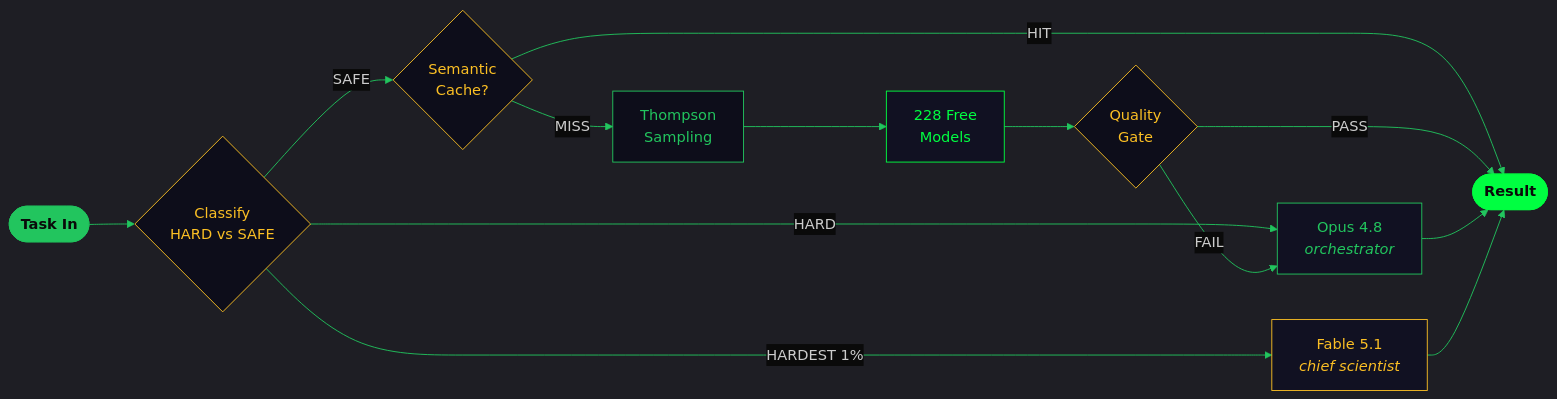
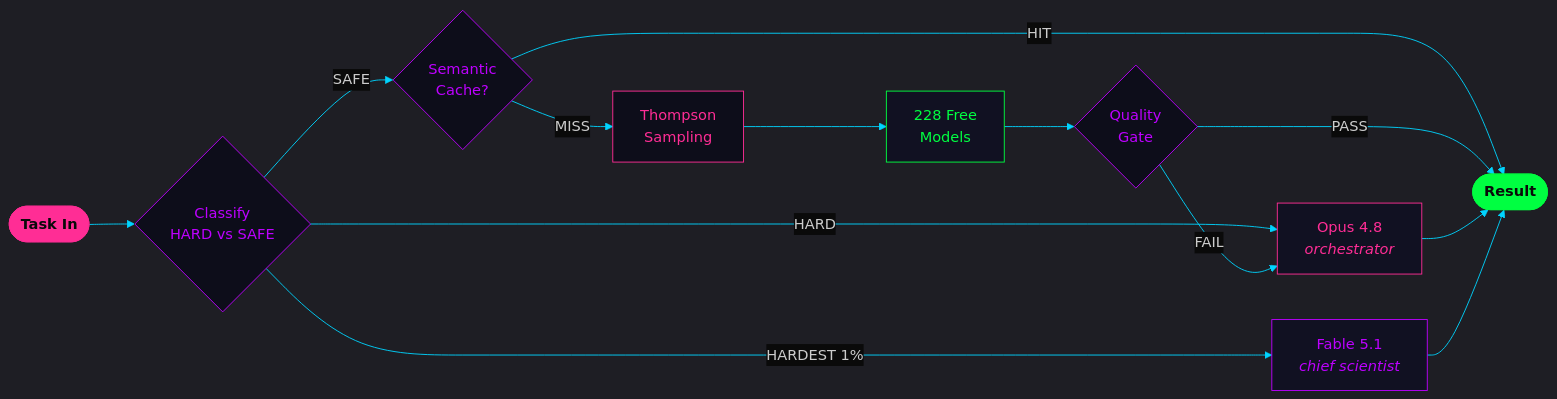
The first of 2 diagrams in README.md (MatheusAgueda/MatheusAgueda), drawn with Mermaid before and after one commit. The commit also changed other lines of this file and 5 other files, not shown here.

````diff
--- a/README.md
+++ b/README.md
@@ -142,41 +142,41 @@
 ```mermaid
 %%{init: {'theme': 'dark', 'themeVariables': {
-  'primaryColor': '#22c55e',
+  'primaryColor': '#FF2D95',
   'primaryTextColor': '#fff',
-  'primaryBorderColor': '#fbbf24',
-  'lineColor': '#22c55e',
+  'primaryBorderColor': '#BD00FF',
+  'lineColor': '#00D4FF',
   'secondaryColor': '#0a0a14',
   'tertiaryColor': '#111122',
   'edgeLabelBackground': '#0a0a0a',
   'clusterBkg': '#0d0d1a',
-  'clusterBorder': '#fbbf24',
-  'titleColor': '#22c55e',
+  'clusterBorder': '#BD00FF',
+  'titleColor': '#00D4FF',
   'nodeTextColor': '#cccccc'
 }}}%%
 
 flowchart LR
   IN(["Task In"]):::input --> CLASS{"Classify<br/>HARD vs SAFE"}:::gate
 
   CLASS -->|"HARD"| OPUS["Opus 4.8<br/><i>orchestrator</i>"]:::opus
   CLASS -->|"SAFE"| CACHE{"Semantic<br/>Cache?"}:::gate
   CLASS -->|"HARDEST 1%"| FABLE["Fable 5.1<br/><i>chief scientist</i>"]:::fable
 
   CACHE -->|"HIT"| OUT(["Result"]):::output
   CACHE -->|"MISS"| MAB["Thompson<br/>Sampling"]:::mab
 
   MAB --> FREE["228 Free<br/>Models"]:::free
   FREE --> VERIFY{"Quality<br/>Gate"}:::gate
   VERIFY -->|"PASS"| OUT
   VERIFY -->|"FAIL"| OPUS
 
   OPUS --> OUT
   FABLE --> OUT
 
-  classDef input fill:#22c55e,stroke:#22c55e,color:#0a0a0a,font-weight:bold
+  classDef input fill:#FF2D95,stroke:#FF2D95,color:#0a0a0a,font-weight:bold
   classDef output fill:#00ff41,stroke:#00ff41,color:#0a0a0a,font-weight:bold
-  classDef gate fill:#0d0d1a,stroke:#fbbf24,color:#fbbf24
-  classDef opus fill:#111122,stroke:#22c55e,color:#22c55e
-  classDef fable fill:#111122,stroke:#fbbf24,color:#fbbf24
-  classDef mab fill:#0d0d1a,stroke:#22c55e,color:#22c55e
+  classDef gate fill:#0d0d1a,stroke:#BD00FF,color:#BD00FF
+  classDef opus fill:#111122,stroke:#FF2D95,color:#FF2D95
+  classDef fable fill:#111122,stroke:#BD00FF,color:#BD00FF
+  classDef mab fill:#0d0d1a,stroke:#FF2D95,color:#FF2D95
   classDef free fill:#111122,stroke:#00ff41,color:#00ff41
 ```
````
